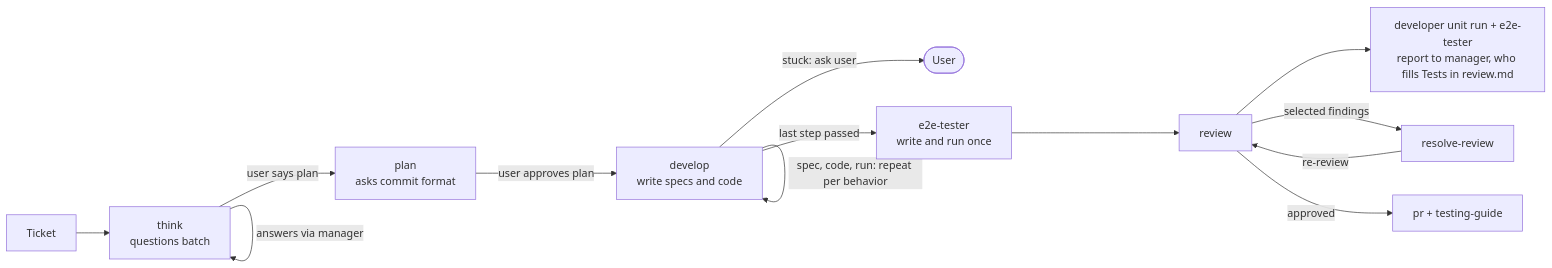
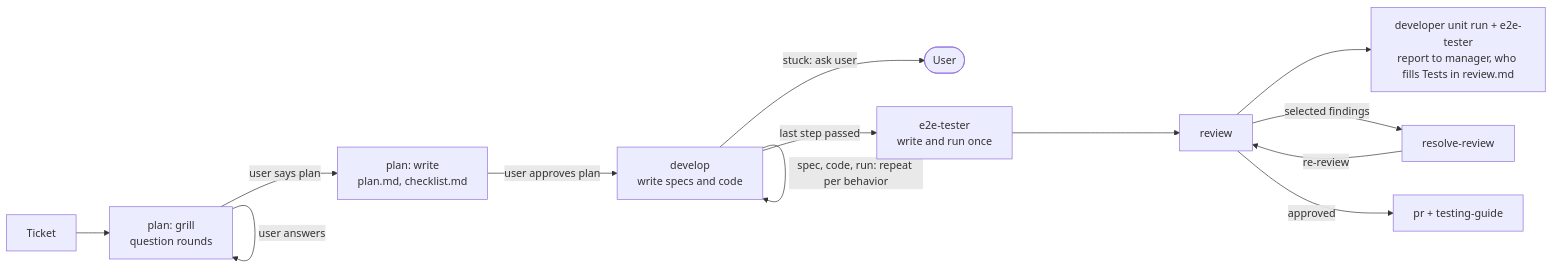
One commit to le0u0/just-do-it changed the second of 3 diagrams in docs/architecture/ARCHITECTURE.md. Above: the diagram before and after it, drawn with Mermaid. The commit also changed other lines of this file and 21 other files, not shown here.

First line of the commit message:
feat: merge think into plan and replace agent files with manager-set roles

````diff
--- a/docs/architecture/ARCHITECTURE.md
+++ b/docs/architecture/ARCHITECTURE.md
@@ -25,15 +23,15 @@
 ```mermaid
 flowchart LR
-    T[Ticket] --> TH[think<br/>questions batch]
-    TH -->|answers via manager| TH
-    TH -->|user says plan| PL[plan<br/>asks commit format]
+    T[Ticket] --> TH[plan: grill<br/>question rounds]
+    TH -->|user answers| TH
+    TH -->|user says plan| PL[plan: write<br/>plan.md, checklist.md]
     PL -->|user approves plan| S[develop<br/>write specs and code]
     S -->|spec, code, run: repeat per behavior| S
     S -->|stuck: ask user| U2([User])
     S -->|last step passed| E2[e2e-tester<br/>write and run once]
     E2 --> RV[review]
     RV --> UT2[developer unit run + e2e-tester<br>report to manager, who fills Tests in review.md]
     RV -->|selected findings| RS[resolve-review]
     RS -->|re-review| RV
     RV -->|approved| PR[pr + testing-guide]
 ```
````
